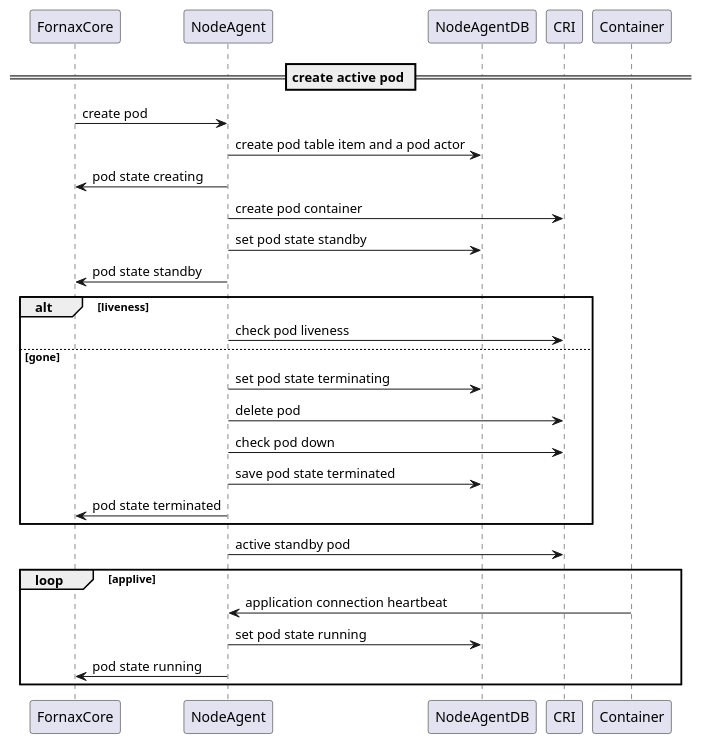
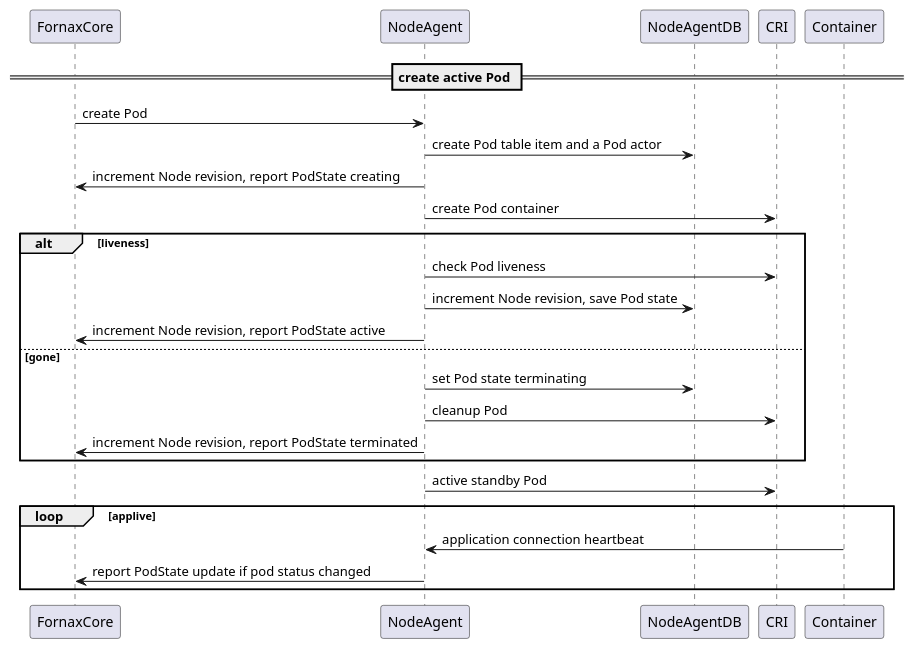
Before and after one commit to CentaurusInfra/fornax-serverless: the fourth of 9 diagrams in doc/design/nodeagent.md, drawn with PlantUML. The commit also changed other lines of this file and 3 other files, not shown here.

Commit message:
add node revision design in node agent doc and remove not accurate information in architecture doc

````diff
--- a/doc/design/nodeagent.md
+++ b/doc/design/nodeagent.md
@@ -149,29 +141,26 @@
 ```puml
 @startuml
-== create active pod ==
-FornaxCore -> NodeAgent: create pod
-NodeAgent-> NodeAgentDB: create pod table item and a pod actor
-NodeAgent-> FornaxCore: pod state creating
-NodeAgent-> CRI: create pod container
-NodeAgent-> NodeAgentDB: set pod state standby
-NodeAgent-> FornaxCore: pod state standby
+== create active Pod ==
+FornaxCore -> NodeAgent: create Pod
+NodeAgent-> NodeAgentDB: create Pod table item and a Pod actor
+NodeAgent-> FornaxCore: increment Node revision, report PodState creating
+NodeAgent-> CRI: create Pod container
 
 alt liveness
-NodeAgent-> CRI: check pod liveness
+NodeAgent-> CRI: check Pod liveness
+NodeAgent-> NodeAgentDB: increment Node revision, save Pod state
+NodeAgent-> FornaxCore: increment Node revision, report PodState active
 else gone
-NodeAgent-> NodeAgentDB: set pod state terminating
-NodeAgent-> CRI: delete pod
-NodeAgent-> CRI: check pod down
-NodeAgent-> NodeAgentDB: save pod state terminated
-NodeAgent-> FornaxCore: pod state terminated
+NodeAgent-> NodeAgentDB: set Pod state terminating
+NodeAgent-> CRI: cleanup Pod
+NodeAgent-> FornaxCore: increment Node revision, report PodState terminated
 end
 
-NodeAgent-> CRI: active standby pod
+NodeAgent-> CRI: active standby Pod
 loop applive
 Container -> NodeAgent: application connection heartbeat
-NodeAgent-> NodeAgentDB: set pod state running
-NodeAgent-> FornaxCore: pod state running
+NodeAgent-> FornaxCore: report PodState update if pod status changed
 end
 
 @enduml
 ```
````
